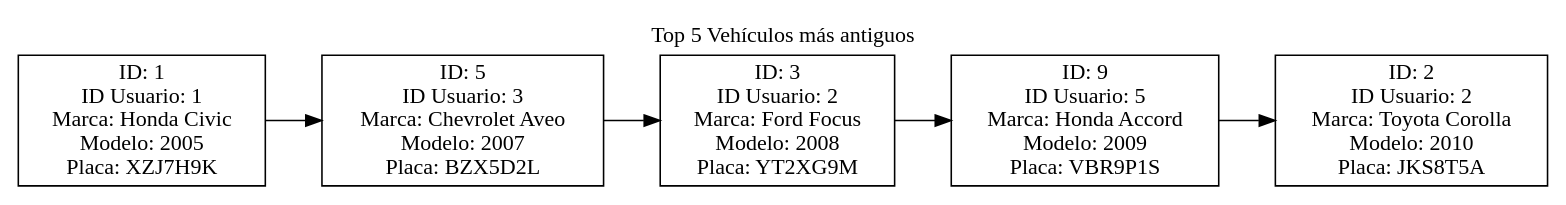
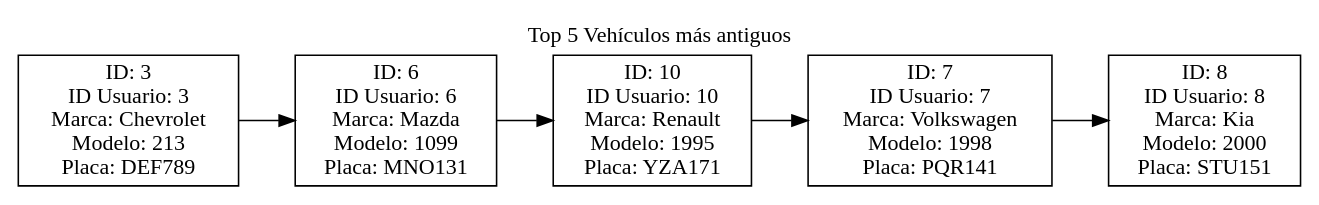
Before and after one commit to Farot30/-EDD-1S2025_202307820: the diagram in Fase#1/Graficas/Top5Vehículos.dot, drawn with Graphviz. The commit also changed 26 other files, not shown here.

```diff
--- a/Fase#1/Graficas/Top5Vehículos.dot
+++ b/Fase#1/Graficas/Top5Vehículos.dot
@@ -1,16 +1,16 @@
 digraph G {
 label="Top 5 Vehículos más antiguos";
 labelloc="t";
 rankdir=LR;
 node [shape=record];
-"1" [label="ID: 1\nID Usuario: 1\nMarca: Honda Civic\nModelo: 2005\nPlaca: XZJ7H9K"];
-"1" -> "5";
-"5" [label="ID: 5\nID Usuario: 3\nMarca: Chevrolet Aveo\nModelo: 2007\nPlaca: BZX5D2L"];
-"5" -> "3";
-"3" [label="ID: 3\nID Usuario: 2\nMarca: Ford Focus\nModelo: 2008\nPlaca: YT2XG9M"];
-"3" -> "9";
-"9" [label="ID: 9\nID Usuario: 5\nMarca: Honda Accord\nModelo: 2009\nPlaca: VBR9P1S"];
-"9" -> "2";
-"2" [label="ID: 2\nID Usuario: 2\nMarca: Toyota Corolla\nModelo: 2010\nPlaca: JKS8T5A"];
+"3" [label="ID: 3\nID Usuario: 3\nMarca: Chevrolet\nModelo: 213\nPlaca: DEF789"];
+"3" -> "6";
+"6" [label="ID: 6\nID Usuario: 6\nMarca: Mazda\nModelo: 1099\nPlaca: MNO131"];
+"6" -> "10";
+"10" [label="ID: 10\nID Usuario: 10\nMarca: Renault\nModelo: 1995\nPlaca: YZA171"];
+"10" -> "7";
+"7" [label="ID: 7\nID Usuario: 7\nMarca: Volkswagen\nModelo: 1998\nPlaca: PQR141"];
+"7" -> "8";
+"8" [label="ID: 8\nID Usuario: 8\nMarca: Kia\nModelo: 2000\nPlaca: STU151"];
 
 }
```
